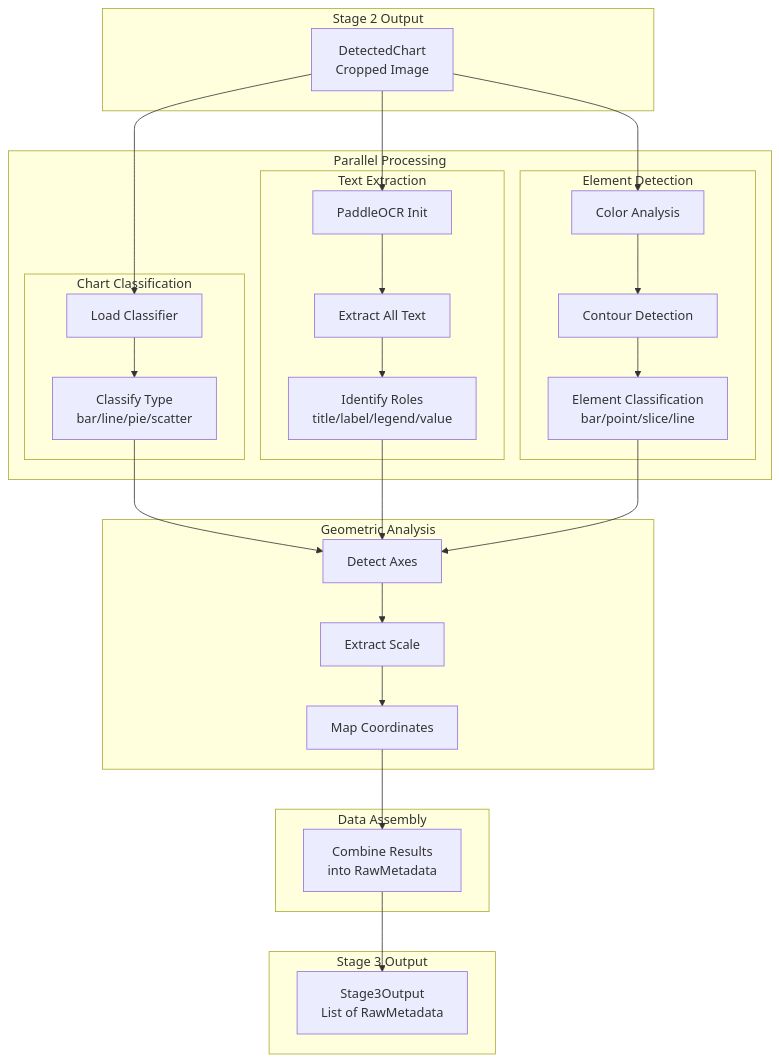
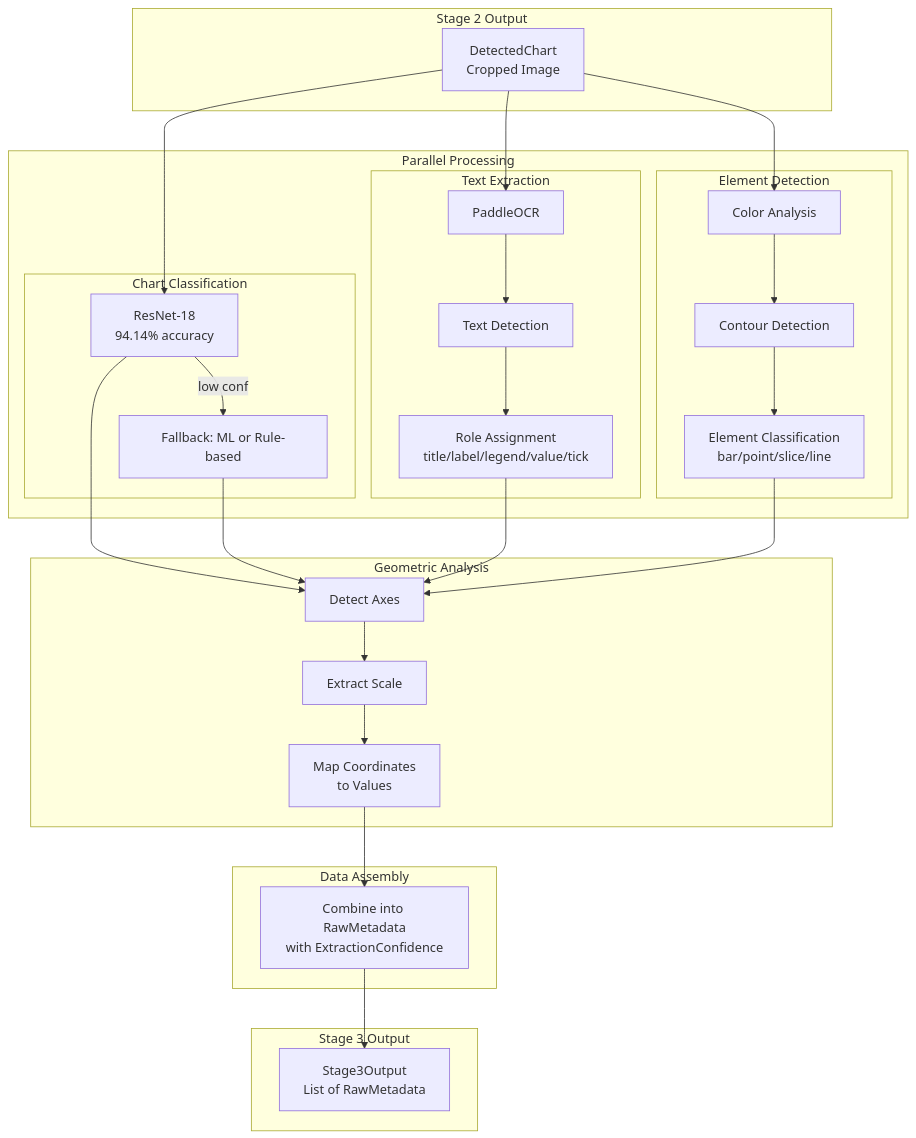
Before and after one commit to thatlq1812/chart_analysis_ai_v3: the fifth of 11 diagrams in docs/architecture/PIPELINE_FLOW.md, drawn with Mermaid. The commit also changed other lines of this file and 20 other files, not shown here.

````diff
--- a/docs/architecture/PIPELINE_FLOW.md
+++ b/docs/architecture/PIPELINE_FLOW.md
@@ -231,49 +265,51 @@
 ```mermaid
 flowchart TD
     subgraph Input["Stage 2 Output"]
         A[DetectedChart\nCropped Image]
     end
-    
+
     subgraph Parallel["Parallel Processing"]
         subgraph Classification["Chart Classification"]
-            B1[Load Classifier]
-            B2[Classify Type\nbar/line/pie/scatter]
+            B1[ResNet-18\n94.14% accuracy]
+            B2[Fallback: ML or Rule-based]
         end
-        
+
         subgraph OCR["Text Extraction"]
-            C1[PaddleOCR Init]
-            C2[Extract All Text]
-            C3[Identify Roles\ntitle/label/legend/value]
+            C1[PaddleOCR]
+            C2[Text Detection]
+            C3[Role Assignment\ntitle/label/legend/value/tick]
         end
-        
+
         subgraph Elements["Element Detection"]
             D1[Color Analysis]
             D2[Contour Detection]
             D3[Element Classification\nbar/point/slice/line]
         end
     end
-    
+
     subgraph Geometric["Geometric Analysis"]
         E1[Detect Axes]
         E2[Extract Scale]
-        E3[Map Coordinates]
+        E3[Map Coordinates\nto Values]
     end
-    
+
     subgraph Assembly["Data Assembly"]
-        F[Combine Results\ninto RawMetadata]
+        F[Combine into RawMetadata\nwith ExtractionConfidence]
     end
-    
+
     subgraph Output["Stage 3 Output"]
         G[Stage3Output\nList of RawMetadata]
     end
-    
-    A --> B1 --> B2
+
+    A --> B1
+    B1 -->|low conf| B2
     A --> C1 --> C2 --> C3
     A --> D1 --> D2 --> D3
-    
+
+    B1 --> E1
     B2 --> E1
     C3 --> E1
     D3 --> E1
-    
+
     E1 --> E2 --> E3 --> F --> G
 ```
````
